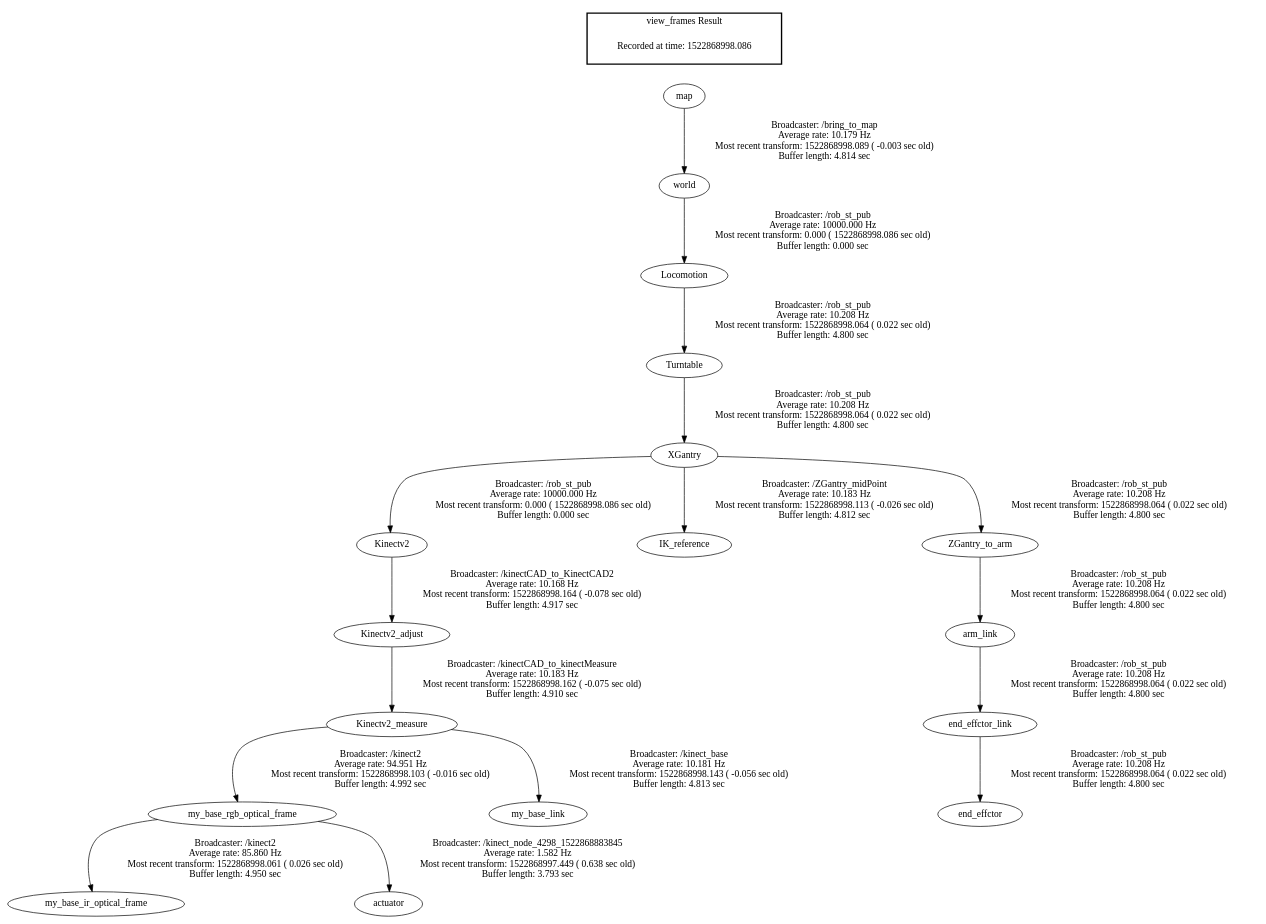
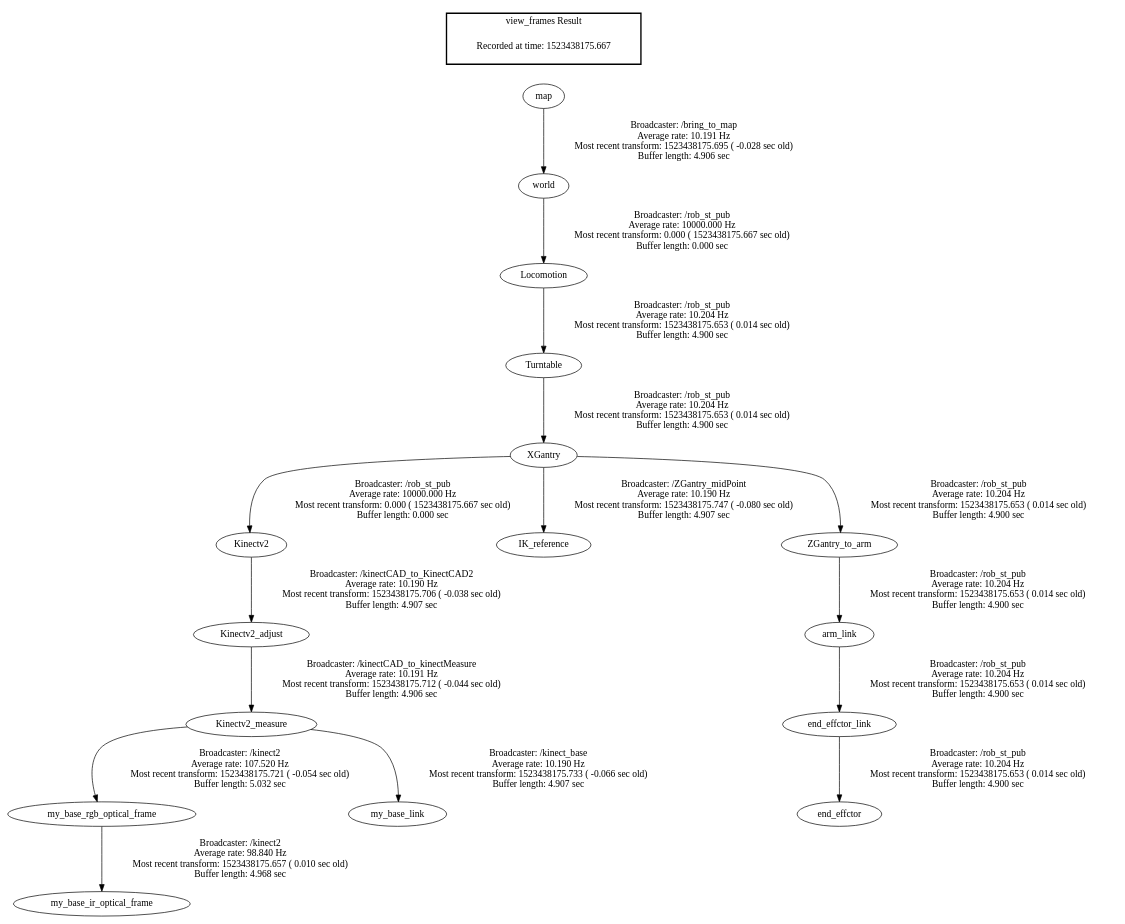
Before and after one commit to firephinx/TheBoatDoctorNUC: the diagram in catkin_ws/src/myrobot_description/frames.gv, drawn with Graphviz. The commit also changed 12 other files, not shown here.

```diff
--- a/catkin_ws/src/myrobot_description/frames.gv
+++ b/catkin_ws/src/myrobot_description/frames.gv
@@ -1,22 +1,21 @@
 digraph G {
-"Kinectv2_measure" -> "my_base_rgb_optical_frame"[label="Broadcaster: /kinect2\nAverage rate: 94.951 Hz\nMost recent transform: 1522868998.103 ( -0.016 sec old)\nBuffer length: 4.992 sec\n"];
-"Kinectv2_measure" -> "my_base_link"[label="Broadcaster: /kinect_base\nAverage rate: 10.181 Hz\nMost recent transform: 1522868998.143 ( -0.056 sec old)\nBuffer length: 4.813 sec\n"];
-"my_base_rgb_optical_frame" -> "my_base_ir_optical_frame"[label="Broadcaster: /kinect2\nAverage rate: 85.860 Hz\nMost recent transform: 1522868998.061 ( 0.026 sec old)\nBuffer length: 4.950 sec\n"];
-"Kinectv2" -> "Kinectv2_adjust"[label="Broadcaster: /kinectCAD_to_KinectCAD2\nAverage rate: 10.168 Hz\nMost recent transform: 1522868998.164 ( -0.078 sec old)\nBuffer length: 4.917 sec\n"];
-"XGantry" -> "Kinectv2"[label="Broadcaster: /rob_st_pub\nAverage rate: 10000.000 Hz\nMost recent transform: 0.000 ( 1522868998.086 sec old)\nBuffer length: 0.000 sec\n"];
-"Kinectv2_adjust" -> "Kinectv2_measure"[label="Broadcaster: /kinectCAD_to_kinectMeasure\nAverage rate: 10.183 Hz\nMost recent transform: 1522868998.162 ( -0.075 sec old)\nBuffer length: 4.910 sec\n"];
-"map" -> "world"[label="Broadcaster: /bring_to_map\nAverage rate: 10.179 Hz\nMost recent transform: 1522868998.089 ( -0.003 sec old)\nBuffer length: 4.814 sec\n"];
-"XGantry" -> "IK_reference"[label="Broadcaster: /ZGantry_midPoint\nAverage rate: 10.183 Hz\nMost recent transform: 1522868998.113 ( -0.026 sec old)\nBuffer length: 4.812 sec\n"];
-"Turntable" -> "XGantry"[label="Broadcaster: /rob_st_pub\nAverage rate: 10.208 Hz\nMost recent transform: 1522868998.064 ( 0.022 sec old)\nBuffer length: 4.800 sec\n"];
-"world" -> "Locomotion"[label="Broadcaster: /rob_st_pub\nAverage rate: 10000.000 Hz\nMost recent transform: 0.000 ( 1522868998.086 sec old)\nBuffer length: 0.000 sec\n"];
-"Locomotion" -> "Turntable"[label="Broadcaster: /rob_st_pub\nAverage rate: 10.208 Hz\nMost recent transform: 1522868998.064 ( 0.022 sec old)\nBuffer length: 4.800 sec\n"];
-"XGantry" -> "ZGantry_to_arm"[label="Broadcaster: /rob_st_pub\nAverage rate: 10.208 Hz\nMost recent transform: 1522868998.064 ( 0.022 sec old)\nBuffer length: 4.800 sec\n"];
-"ZGantry_to_arm" -> "arm_link"[label="Broadcaster: /rob_st_pub\nAverage rate: 10.208 Hz\nMost recent transform: 1522868998.064 ( 0.022 sec old)\nBuffer length: 4.800 sec\n"];
-"arm_link" -> "end_effctor_link"[label="Broadcaster: /rob_st_pub\nAverage rate: 10.208 Hz\nMost recent transform: 1522868998.064 ( 0.022 sec old)\nBuffer length: 4.800 sec\n"];
-"end_effctor_link" -> "end_effctor"[label="Broadcaster: /rob_st_pub\nAverage rate: 10.208 Hz\nMost recent transform: 1522868998.064 ( 0.022 sec old)\nBuffer length: 4.800 sec\n"];
-"my_base_rgb_optical_frame" -> "actuator"[label="Broadcaster: /kinect_node_4298_1522868883845\nAverage rate: 1.582 Hz\nMost recent transform: 1522868997.449 ( 0.638 sec old)\nBuffer length: 3.793 sec\n"];
+"XGantry" -> "Kinectv2"[label="Broadcaster: /rob_st_pub\nAverage rate: 10000.000 Hz\nMost recent transform: 0.000 ( 1523438175.667 sec old)\nBuffer length: 0.000 sec\n"];
+"Turntable" -> "XGantry"[label="Broadcaster: /rob_st_pub\nAverage rate: 10.204 Hz\nMost recent transform: 1523438175.653 ( 0.014 sec old)\nBuffer length: 4.900 sec\n"];
+"world" -> "Locomotion"[label="Broadcaster: /rob_st_pub\nAverage rate: 10000.000 Hz\nMost recent transform: 0.000 ( 1523438175.667 sec old)\nBuffer length: 0.000 sec\n"];
+"map" -> "world"[label="Broadcaster: /bring_to_map\nAverage rate: 10.191 Hz\nMost recent transform: 1523438175.695 ( -0.028 sec old)\nBuffer length: 4.906 sec\n"];
+"Kinectv2_measure" -> "my_base_rgb_optical_frame"[label="Broadcaster: /kinect2\nAverage rate: 107.520 Hz\nMost recent transform: 1523438175.721 ( -0.054 sec old)\nBuffer length: 5.032 sec\n"];
+"Kinectv2_measure" -> "my_base_link"[label="Broadcaster: /kinect_base\nAverage rate: 10.190 Hz\nMost recent transform: 1523438175.733 ( -0.066 sec old)\nBuffer length: 4.907 sec\n"];
+"my_base_rgb_optical_frame" -> "my_base_ir_optical_frame"[label="Broadcaster: /kinect2\nAverage rate: 98.840 Hz\nMost recent transform: 1523438175.657 ( 0.010 sec old)\nBuffer length: 4.968 sec\n"];
+"Kinectv2" -> "Kinectv2_adjust"[label="Broadcaster: /kinectCAD_to_KinectCAD2\nAverage rate: 10.190 Hz\nMost recent transform: 1523438175.706 ( -0.038 sec old)\nBuffer length: 4.907 sec\n"];
+"Kinectv2_adjust" -> "Kinectv2_measure"[label="Broadcaster: /kinectCAD_to_kinectMeasure\nAverage rate: 10.191 Hz\nMost recent transform: 1523438175.712 ( -0.044 sec old)\nBuffer length: 4.906 sec\n"];
+"XGantry" -> "IK_reference"[label="Broadcaster: /ZGantry_midPoint\nAverage rate: 10.190 Hz\nMost recent transform: 1523438175.747 ( -0.080 sec old)\nBuffer length: 4.907 sec\n"];
+"Locomotion" -> "Turntable"[label="Broadcaster: /rob_st_pub\nAverage rate: 10.204 Hz\nMost recent transform: 1523438175.653 ( 0.014 sec old)\nBuffer length: 4.900 sec\n"];
+"XGantry" -> "ZGantry_to_arm"[label="Broadcaster: /rob_st_pub\nAverage rate: 10.204 Hz\nMost recent transform: 1523438175.653 ( 0.014 sec old)\nBuffer length: 4.900 sec\n"];
+"ZGantry_to_arm" -> "arm_link"[label="Broadcaster: /rob_st_pub\nAverage rate: 10.204 Hz\nMost recent transform: 1523438175.653 ( 0.014 sec old)\nBuffer length: 4.900 sec\n"];
+"arm_link" -> "end_effctor_link"[label="Broadcaster: /rob_st_pub\nAverage rate: 10.204 Hz\nMost recent transform: 1523438175.653 ( 0.014 sec old)\nBuffer length: 4.900 sec\n"];
+"end_effctor_link" -> "end_effctor"[label="Broadcaster: /rob_st_pub\nAverage rate: 10.204 Hz\nMost recent transform: 1523438175.653 ( 0.014 sec old)\nBuffer length: 4.900 sec\n"];
 edge [style=invis];
  subgraph cluster_legend { style=bold; color=black; label ="view_frames Result";
-"Recorded at time: 1522868998.086"[ shape=plaintext ] ;
+"Recorded at time: 1523438175.667"[ shape=plaintext ] ;
  }->"map";
 }
```
